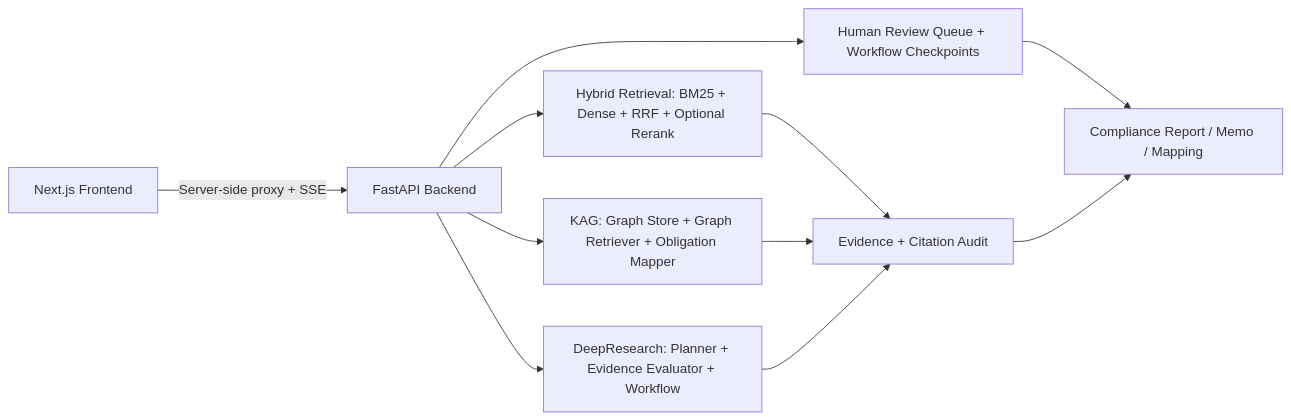
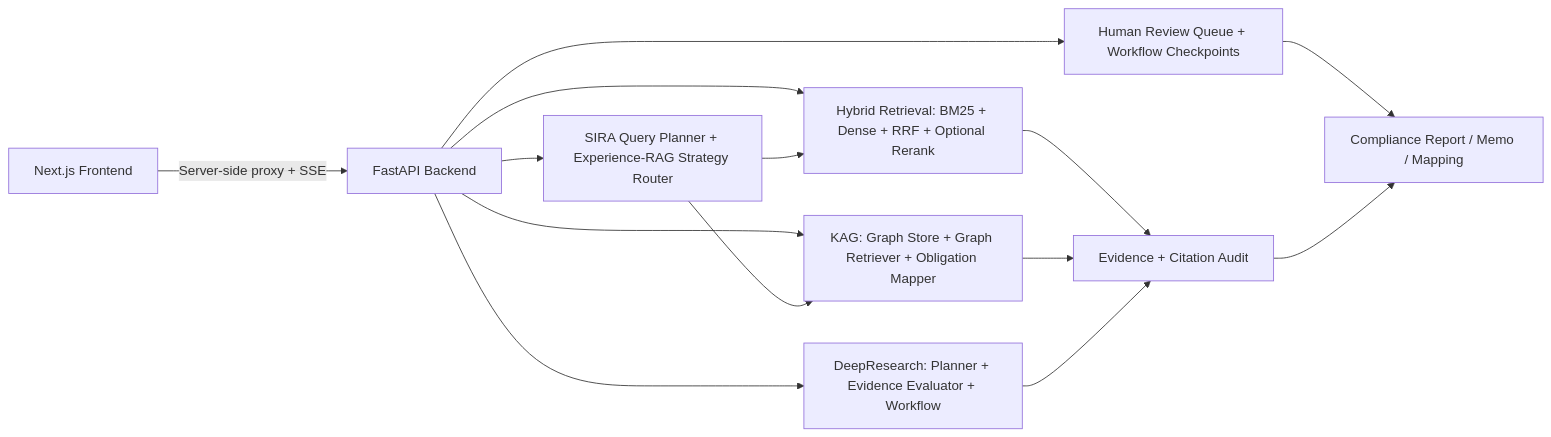
One commit to EthanChan04/HK-FinReg_AI changed the diagram in README.md. Above: the diagram before and after it, drawn with Mermaid. The commit also changed other lines of this file and 39 other files, not shown here.

````diff
--- a/README.md
+++ b/README.md
@@ -69,13 +73,16 @@
 ```mermaid
 flowchart LR
   A["Next.js Frontend"] -->|"Server-side proxy + SSE"| B["FastAPI Backend"]
+  B --> I["SIRA Query Planner + Experience-RAG Strategy Router"]
   B --> C["Hybrid Retrieval: BM25 + Dense + RRF + Optional Rerank"]
   B --> D["KAG: Graph Store + Graph Retriever + Obligation Mapper"]
   B --> E["DeepResearch: Planner + Evidence Evaluator + Workflow"]
   B --> H["Human Review Queue + Workflow Checkpoints"]
+  I --> C
+  I --> D
   C --> F["Evidence + Citation Audit"]
   D --> F
   E --> F
   H --> G["Compliance Report / Memo / Mapping"]
   F --> G
 ```
````
